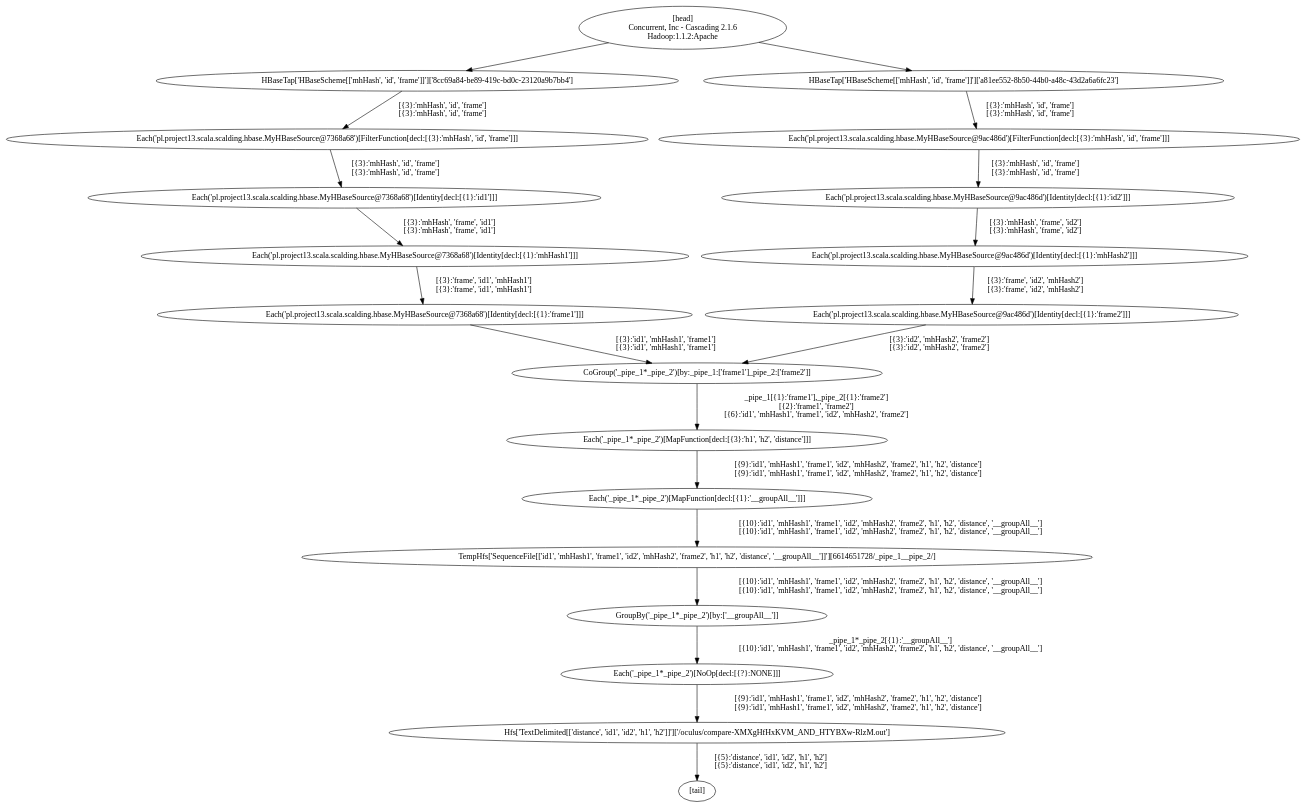
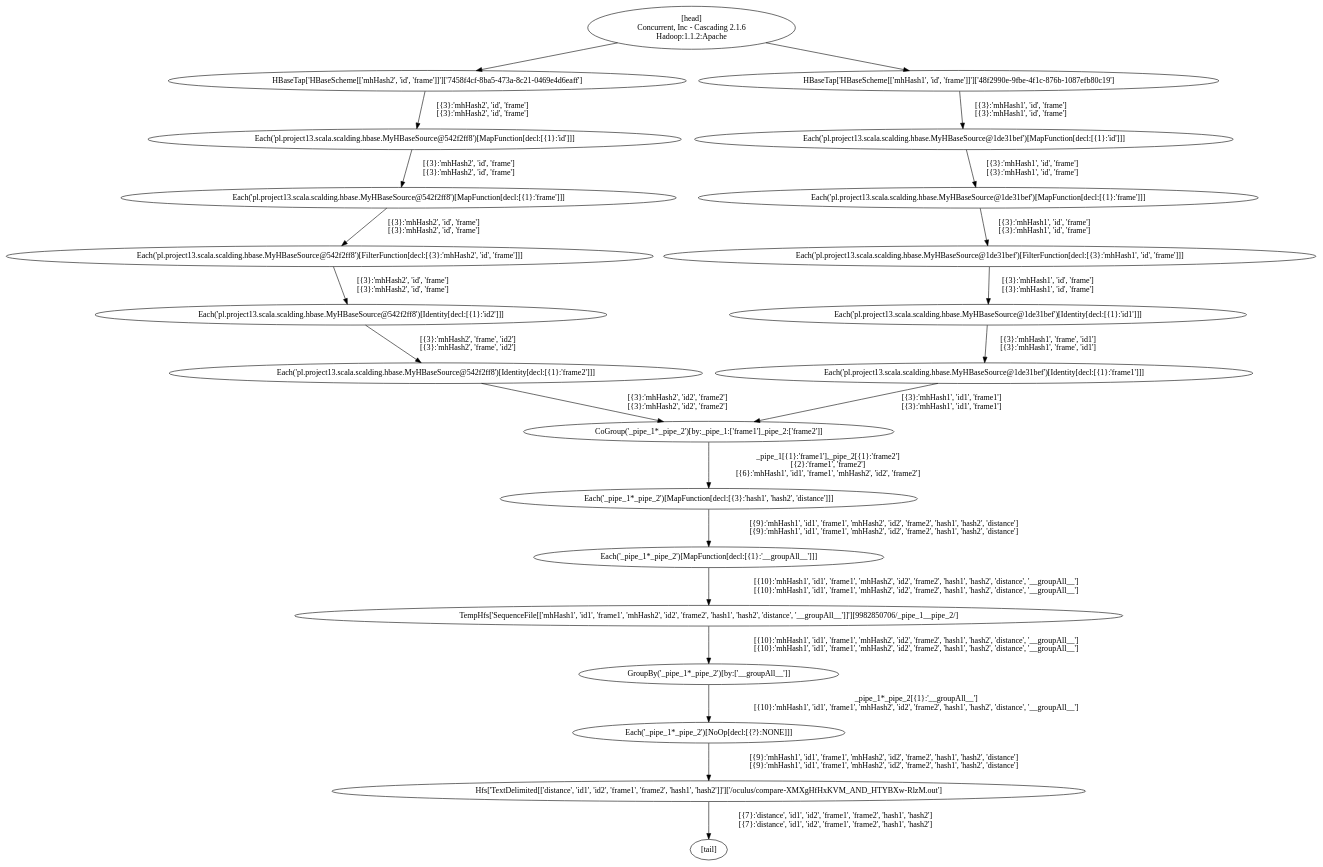
Before and after one commit to ktoso/oculus: the diagram in CompareTwoMoviesJob.dot, drawn with Graphviz. The commit also changed 8 other files, not shown here.

```diff
--- a/CompareTwoMoviesJob.dot
+++ b/CompareTwoMoviesJob.dot
@@ -1,40 +1,44 @@
 digraph G {
-  1 [label = "Hfs['TextDelimited[['distance', 'id1', 'id2', 'h1', 'h2']]']['/oculus/compare-XMXgHfHxKVM_AND_HTYBXw-RlzM.out']"];
+  1 [label = "Hfs['TextDelimited[['distance', 'id1', 'id2', 'frame1', 'frame2', 'hash1', 'hash2']]']['/oculus/compare-XMXgHfHxKVM_AND_HTYBXw-RlzM.out']"];
   2 [label = "Each('_pipe_1*_pipe_2')[NoOp[decl:[{?}:NONE]]]"];
   3 [label = "GroupBy('_pipe_1*_pipe_2')[by:['__groupAll__']]"];
   4 [label = "Each('_pipe_1*_pipe_2')[MapFunction[decl:[{1}:'__groupAll__']]]"];
-  5 [label = "Each('_pipe_1*_pipe_2')[MapFunction[decl:[{3}:'h1', 'h2', 'distance']]]"];
+  5 [label = "Each('_pipe_1*_pipe_2')[MapFunction[decl:[{3}:'hash1', 'hash2', 'distance']]]"];
   6 [label = "CoGroup('_pipe_1*_pipe_2')[by:_pipe_1:['frame1']_pipe_2:['frame2']]"];
-  7 [label = "Each('pl.project13.scala.scalding.hbase.MyHBaseSource@7368a68')[Identity[decl:[{1}:'frame1']]]"];
-  8 [label = "Each('pl.project13.scala.scalding.hbase.MyHBaseSource@7368a68')[Identity[decl:[{1}:'mhHash1']]]"];
-  9 [label = "Each('pl.project13.scala.scalding.hbase.MyHBaseSource@7368a68')[Identity[decl:[{1}:'id1']]]"];
-  10 [label = "Each('pl.project13.scala.scalding.hbase.MyHBaseSource@7368a68')[FilterFunction[decl:[{3}:'mhHash', 'id', 'frame']]]"];
-  11 [label = "HBaseTap['HBaseScheme[['mhHash', 'id', 'frame']]']['8cc69a84-be89-419c-bd0c-23120a9b7bb4']"];
-  12 [label = "Each('pl.project13.scala.scalding.hbase.MyHBaseSource@9ac486d')[Identity[decl:[{1}:'frame2']]]"];
-  13 [label = "Each('pl.project13.scala.scalding.hbase.MyHBaseSource@9ac486d')[Identity[decl:[{1}:'mhHash2']]]"];
-  14 [label = "Each('pl.project13.scala.scalding.hbase.MyHBaseSource@9ac486d')[Identity[decl:[{1}:'id2']]]"];
-  15 [label = "Each('pl.project13.scala.scalding.hbase.MyHBaseSource@9ac486d')[FilterFunction[decl:[{3}:'mhHash', 'id', 'frame']]]"];
-  16 [label = "HBaseTap['HBaseScheme[['mhHash', 'id', 'frame']]']['a81ee552-8b50-44b0-a48c-43d2a6a6fc23']"];
-  17 [label = "[head]\nConcurrent, Inc - Cascading 2.1.6\nHadoop:1.1.2:Apache"];
-  18 [label = "[tail]"];
-  19 [label = "TempHfs['SequenceFile[['id1', 'mhHash1', 'frame1', 'id2', 'mhHash2', 'frame2', 'h1', 'h2', 'distance', '__groupAll__']]'][6614651728/_pipe_1__pipe_2/]"];
-  10 -> 9 [label = "[{3}:'mhHash', 'id', 'frame']\n[{3}:'mhHash', 'id', 'frame']"];
-  9 -> 8 [label = "[{3}:'mhHash', 'frame', 'id1']\n[{3}:'mhHash', 'frame', 'id1']"];
-  8 -> 7 [label = "[{3}:'frame', 'id1', 'mhHash1']\n[{3}:'frame', 'id1', 'mhHash1']"];
-  15 -> 14 [label = "[{3}:'mhHash', 'id', 'frame']\n[{3}:'mhHash', 'id', 'frame']"];
-  14 -> 13 [label = "[{3}:'mhHash', 'frame', 'id2']\n[{3}:'mhHash', 'frame', 'id2']"];
-  13 -> 12 [label = "[{3}:'frame', 'id2', 'mhHash2']\n[{3}:'frame', 'id2', 'mhHash2']"];
-  6 -> 5 [label = "_pipe_1[{1}:'frame1'],_pipe_2[{1}:'frame2']\n[{2}:'frame1', 'frame2']\n[{6}:'id1', 'mhHash1', 'frame1', 'id2', 'mhHash2', 'frame2']"];
-  5 -> 4 [label = "[{9}:'id1', 'mhHash1', 'frame1', 'id2', 'mhHash2', 'frame2', 'h1', 'h2', 'distance']\n[{9}:'id1', 'mhHash1', 'frame1', 'id2', 'mhHash2', 'frame2', 'h1', 'h2', 'distance']"];
-  3 -> 2 [label = "_pipe_1*_pipe_2[{1}:'__groupAll__']\n[{10}:'id1', 'mhHash1', 'frame1', 'id2', 'mhHash2', 'frame2', 'h1', 'h2', 'distance', '__groupAll__']"];
-  17 -> 11 [label = ""];
-  17 -> 16 [label = ""];
-  1 -> 18 [label = "[{5}:'distance', 'id1', 'id2', 'h1', 'h2']\n[{5}:'distance', 'id1', 'id2', 'h1', 'h2']"];
-  4 -> 19 [label = "[{10}:'id1', 'mhHash1', 'frame1', 'id2', 'mhHash2', 'frame2', 'h1', 'h2', 'distance', '__groupAll__']\n[{10}:'id1', 'mhHash1', 'frame1', 'id2', 'mhHash2', 'frame2', 'h1', 'h2', 'distance', '__groupAll__']"];
-  19 -> 3 [label = "[{10}:'id1', 'mhHash1', 'frame1', 'id2', 'mhHash2', 'frame2', 'h1', 'h2', 'distance', '__groupAll__']\n[{10}:'id1', 'mhHash1', 'frame1', 'id2', 'mhHash2', 'frame2', 'h1', 'h2', 'distance', '__groupAll__']"];
-  16 -> 15 [label = "[{3}:'mhHash', 'id', 'frame']\n[{3}:'mhHash', 'id', 'frame']"];
-  12 -> 6 [label = "[{3}:'id2', 'mhHash2', 'frame2']\n[{3}:'id2', 'mhHash2', 'frame2']"];
-  2 -> 1 [label = "[{9}:'id1', 'mhHash1', 'frame1', 'id2', 'mhHash2', 'frame2', 'h1', 'h2', 'distance']\n[{9}:'id1', 'mhHash1', 'frame1', 'id2', 'mhHash2', 'frame2', 'h1', 'h2', 'distance']"];
-  11 -> 10 [label = "[{3}:'mhHash', 'id', 'frame']\n[{3}:'mhHash', 'id', 'frame']"];
-  7 -> 6 [label = "[{3}:'id1', 'mhHash1', 'frame1']\n[{3}:'id1', 'mhHash1', 'frame1']"];
+  7 [label = "Each('pl.project13.scala.scalding.hbase.MyHBaseSource@542f2ff8')[Identity[decl:[{1}:'frame2']]]"];
+  8 [label = "Each('pl.project13.scala.scalding.hbase.MyHBaseSource@542f2ff8')[Identity[decl:[{1}:'id2']]]"];
+  9 [label = "Each('pl.project13.scala.scalding.hbase.MyHBaseSource@542f2ff8')[FilterFunction[decl:[{3}:'mhHash2', 'id', 'frame']]]"];
+  10 [label = "Each('pl.project13.scala.scalding.hbase.MyHBaseSource@542f2ff8')[MapFunction[decl:[{1}:'frame']]]"];
+  11 [label = "Each('pl.project13.scala.scalding.hbase.MyHBaseSource@542f2ff8')[MapFunction[decl:[{1}:'id']]]"];
+  12 [label = "HBaseTap['HBaseScheme[['mhHash2', 'id', 'frame']]']['7458f4cf-8ba5-473a-8c21-0469e4d6eaff']"];
+  13 [label = "Each('pl.project13.scala.scalding.hbase.MyHBaseSource@1de31bef')[Identity[decl:[{1}:'frame1']]]"];
+  14 [label = "Each('pl.project13.scala.scalding.hbase.MyHBaseSource@1de31bef')[Identity[decl:[{1}:'id1']]]"];
+  15 [label = "Each('pl.project13.scala.scalding.hbase.MyHBaseSource@1de31bef')[FilterFunction[decl:[{3}:'mhHash1', 'id', 'frame']]]"];
+  16 [label = "Each('pl.project13.scala.scalding.hbase.MyHBaseSource@1de31bef')[MapFunction[decl:[{1}:'frame']]]"];
+  17 [label = "Each('pl.project13.scala.scalding.hbase.MyHBaseSource@1de31bef')[MapFunction[decl:[{1}:'id']]]"];
+  18 [label = "HBaseTap['HBaseScheme[['mhHash1', 'id', 'frame']]']['48f2990e-9fbe-4f1c-876b-1087efb80c19']"];
+  19 [label = "[head]\nConcurrent, Inc - Cascading 2.1.6\nHadoop:1.1.2:Apache"];
+  20 [label = "[tail]"];
+  21 [label = "TempHfs['SequenceFile[['mhHash1', 'id1', 'frame1', 'mhHash2', 'id2', 'frame2', 'hash1', 'hash2', 'distance', '__groupAll__']]'][9982850706/_pipe_1__pipe_2/]"];
+  11 -> 10 [label = "[{3}:'mhHash2', 'id', 'frame']\n[{3}:'mhHash2', 'id', 'frame']"];
+  10 -> 9 [label = "[{3}:'mhHash2', 'id', 'frame']\n[{3}:'mhHash2', 'id', 'frame']"];
+  9 -> 8 [label = "[{3}:'mhHash2', 'id', 'frame']\n[{3}:'mhHash2', 'id', 'frame']"];
+  8 -> 7 [label = "[{3}:'mhHash2', 'frame', 'id2']\n[{3}:'mhHash2', 'frame', 'id2']"];
+  17 -> 16 [label = "[{3}:'mhHash1', 'id', 'frame']\n[{3}:'mhHash1', 'id', 'frame']"];
+  16 -> 15 [label = "[{3}:'mhHash1', 'id', 'frame']\n[{3}:'mhHash1', 'id', 'frame']"];
+  15 -> 14 [label = "[{3}:'mhHash1', 'id', 'frame']\n[{3}:'mhHash1', 'id', 'frame']"];
+  14 -> 13 [label = "[{3}:'mhHash1', 'frame', 'id1']\n[{3}:'mhHash1', 'frame', 'id1']"];
+  6 -> 5 [label = "_pipe_1[{1}:'frame1'],_pipe_2[{1}:'frame2']\n[{2}:'frame1', 'frame2']\n[{6}:'mhHash1', 'id1', 'frame1', 'mhHash2', 'id2', 'frame2']"];
+  5 -> 4 [label = "[{9}:'mhHash1', 'id1', 'frame1', 'mhHash2', 'id2', 'frame2', 'hash1', 'hash2', 'distance']\n[{9}:'mhHash1', 'id1', 'frame1', 'mhHash2', 'id2', 'frame2', 'hash1', 'hash2', 'distance']"];
+  3 -> 2 [label = "_pipe_1*_pipe_2[{1}:'__groupAll__']\n[{10}:'mhHash1', 'id1', 'frame1', 'mhHash2', 'id2', 'frame2', 'hash1', 'hash2', 'distance', '__groupAll__']"];
+  19 -> 12 [label = ""];
+  19 -> 18 [label = ""];
+  1 -> 20 [label = "[{7}:'distance', 'id1', 'id2', 'frame1', 'frame2', 'hash1', 'hash2']\n[{7}:'distance', 'id1', 'id2', 'frame1', 'frame2', 'hash1', 'hash2']"];
+  4 -> 21 [label = "[{10}:'mhHash1', 'id1', 'frame1', 'mhHash2', 'id2', 'frame2', 'hash1', 'hash2', 'distance', '__groupAll__']\n[{10}:'mhHash1', 'id1', 'frame1', 'mhHash2', 'id2', 'frame2', 'hash1', 'hash2', 'distance', '__groupAll__']"];
+  21 -> 3 [label = "[{10}:'mhHash1', 'id1', 'frame1', 'mhHash2', 'id2', 'frame2', 'hash1', 'hash2', 'distance', '__groupAll__']\n[{10}:'mhHash1', 'id1', 'frame1', 'mhHash2', 'id2', 'frame2', 'hash1', 'hash2', 'distance', '__groupAll__']"];
+  18 -> 17 [label = "[{3}:'mhHash1', 'id', 'frame']\n[{3}:'mhHash1', 'id', 'frame']"];
+  13 -> 6 [label = "[{3}:'mhHash1', 'id1', 'frame1']\n[{3}:'mhHash1', 'id1', 'frame1']"];
+  2 -> 1 [label = "[{9}:'mhHash1', 'id1', 'frame1', 'mhHash2', 'id2', 'frame2', 'hash1', 'hash2', 'distance']\n[{9}:'mhHash1', 'id1', 'frame1', 'mhHash2', 'id2', 'frame2', 'hash1', 'hash2', 'distance']"];
+  12 -> 11 [label = "[{3}:'mhHash2', 'id', 'frame']\n[{3}:'mhHash2', 'id', 'frame']"];
+  7 -> 6 [label = "[{3}:'mhHash2', 'id2', 'frame2']\n[{3}:'mhHash2', 'id2', 'frame2']"];
 }
```
